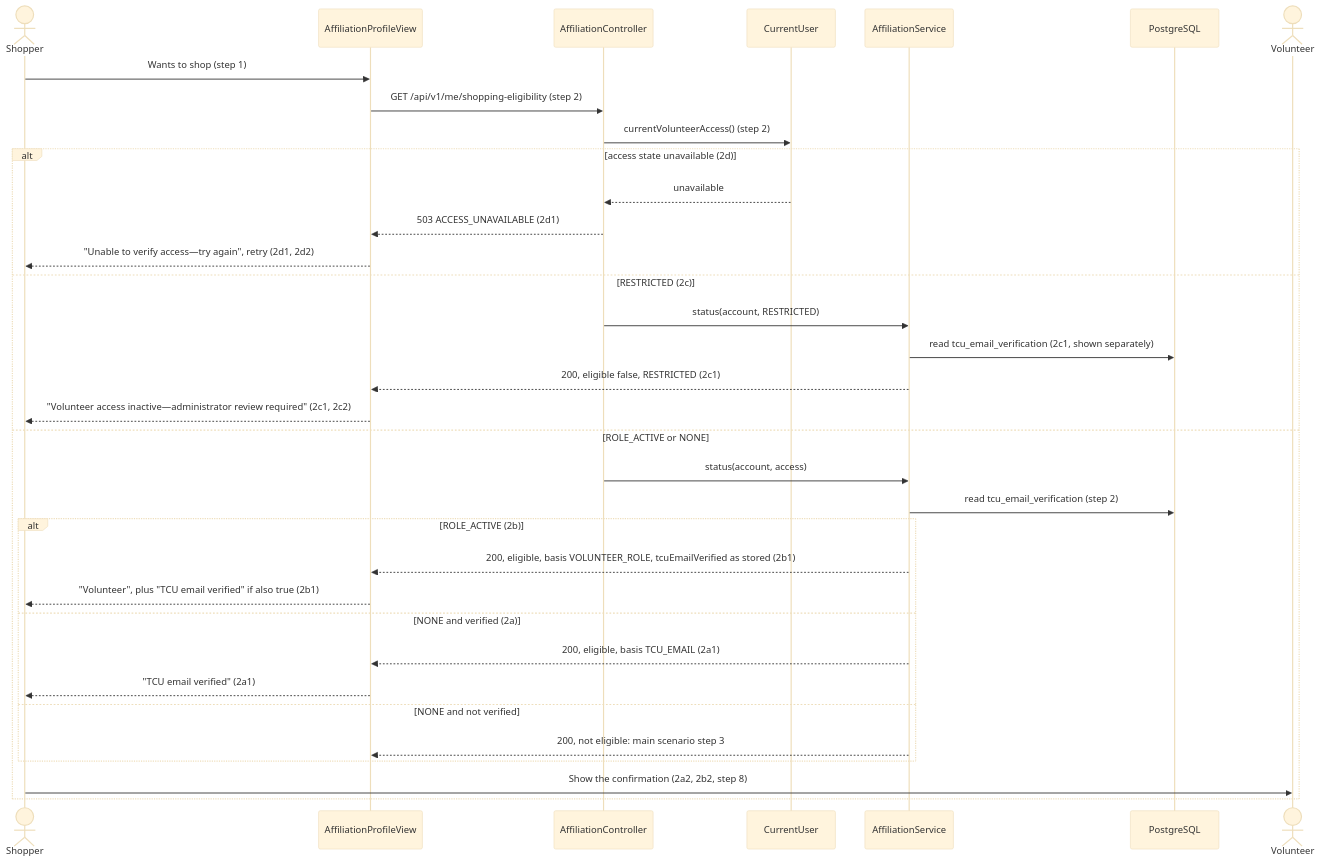
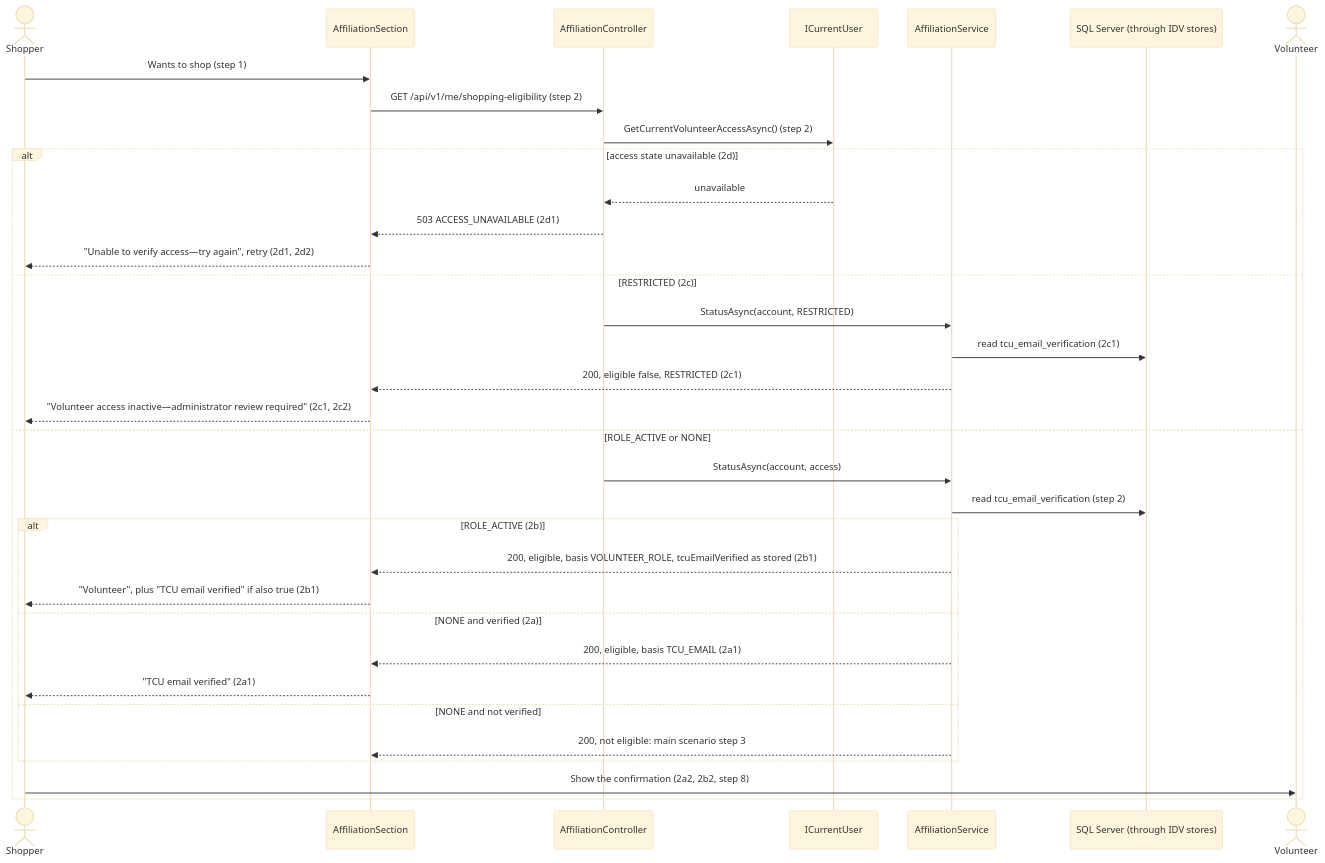
One commit to evelyntrann/cosc-40943-team-3-refrog changed the third of 4 diagrams in docs/design/IDV.md. Above: the diagram before and after it, drawn with Mermaid (base theme). The commit also changed other lines of this file and 2 other files, not shown here.

First line of the commit message:
docs: revise IDV design for KD-tcu-it-stack (#60) (#77)

````diff
--- a/docs/design/IDV.md
+++ b/docs/design/IDV.md
@@ -167,36 +179,36 @@
 ```mermaid
 sequenceDiagram
     actor S as Shopper
-    participant UI as AffiliationProfileView
+    participant UI as AffiliationSection
     participant C as AffiliationController
-    participant CU as CurrentUser
+    participant CU as ICurrentUser
     participant SV as AffiliationService
-    participant DB as PostgreSQL
+    participant DB as SQL Server (through IDV stores)
     actor V as Volunteer
     S->>UI: Wants to shop (step 1)
     UI->>C: GET /api/v1/me/shopping-eligibility (step 2)
-    C->>CU: currentVolunteerAccess() (step 2)
+    C->>CU: GetCurrentVolunteerAccessAsync() (step 2)
     alt access state unavailable (2d)
         CU-->>C: unavailable
         C-->>UI: 503 ACCESS_UNAVAILABLE (2d1)
         UI-->>S: "Unable to verify access—try again", retry (2d1, 2d2)
     else RESTRICTED (2c)
-        C->>SV: status(account, RESTRICTED)
-        SV->>DB: read tcu_email_verification (2c1, shown separately)
+        C->>SV: StatusAsync(account, RESTRICTED)
+        SV->>DB: read tcu_email_verification (2c1)
         SV-->>UI: 200, eligible false, RESTRICTED (2c1)
         UI-->>S: "Volunteer access inactive—administrator review required" (2c1, 2c2)
     else ROLE_ACTIVE or NONE
-        C->>SV: status(account, access)
+        C->>SV: StatusAsync(account, access)
         SV->>DB: read tcu_email_verification (step 2)
         alt ROLE_ACTIVE (2b)
             SV-->>UI: 200, eligible, basis VOLUNTEER_ROLE, tcuEmailVerified as stored (2b1)
             UI-->>S: "Volunteer", plus "TCU email verified" if also true (2b1)
         else NONE and verified (2a)
             SV-->>UI: 200, eligible, basis TCU_EMAIL (2a1)
             UI-->>S: "TCU email verified" (2a1)
         else NONE and not verified
             SV-->>UI: 200, not eligible: main scenario step 3
         end
         S->>V: Show the confirmation (2a2, 2b2, step 8)
     end
 ```
````
